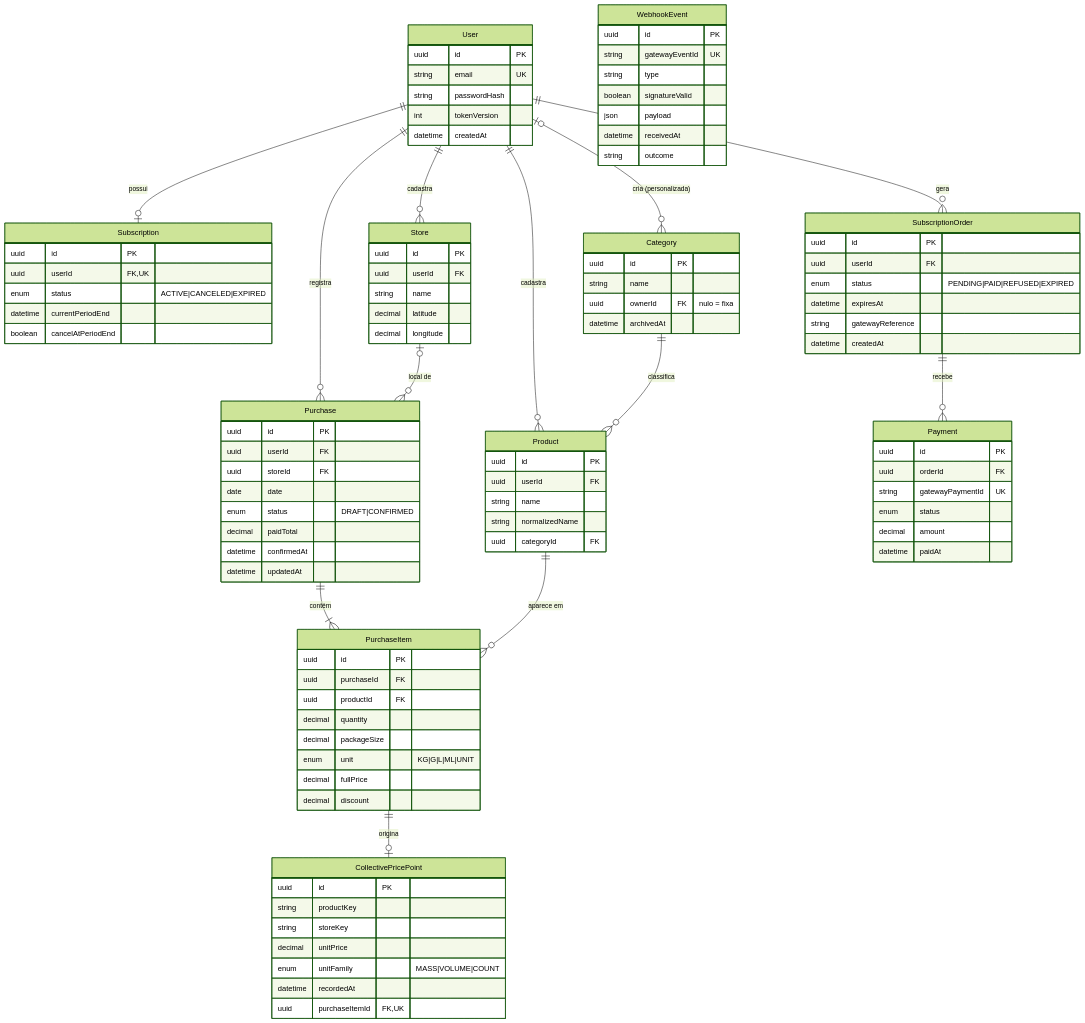
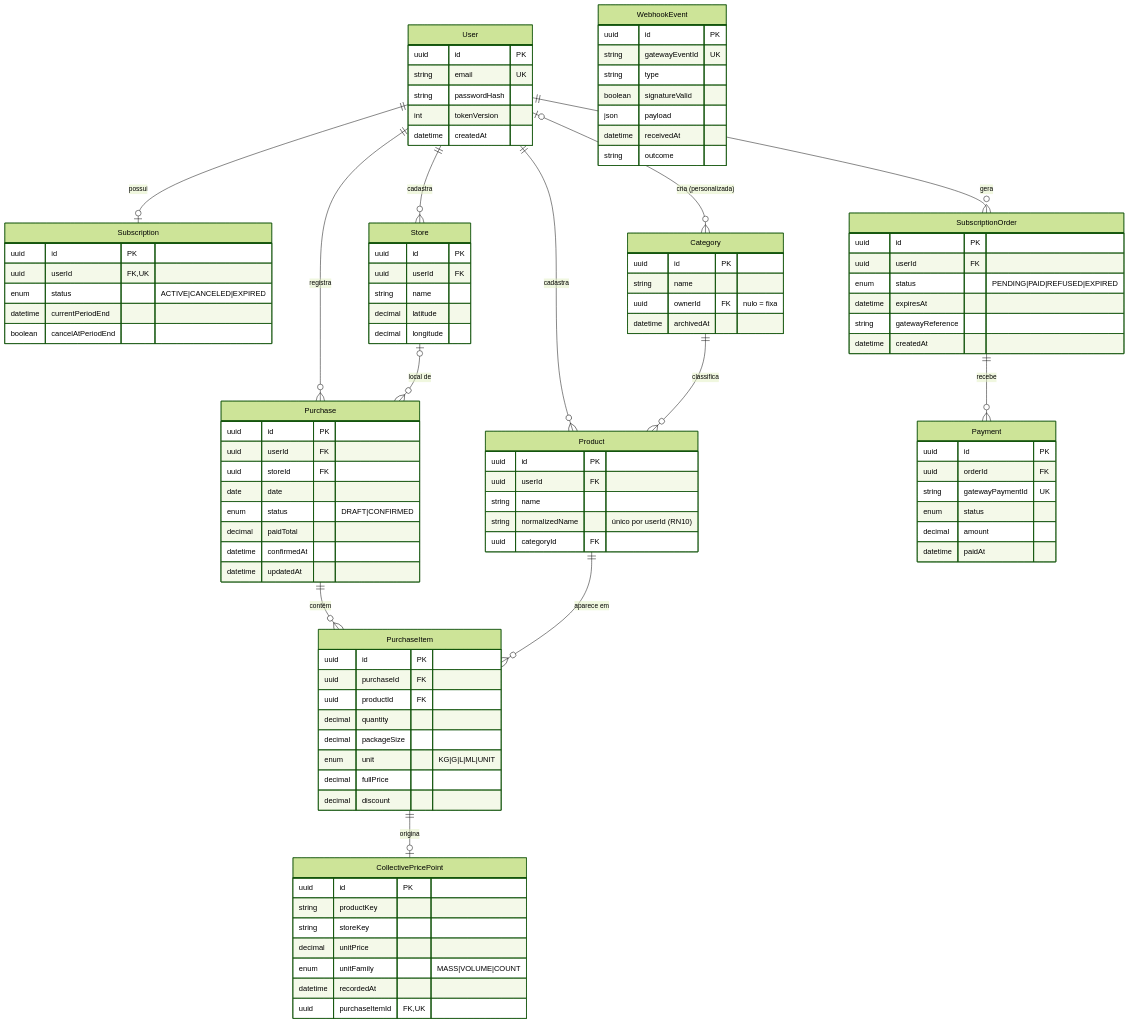
One commit to FelipeFadel/pyla changed the diagram in docs/architecture.md. Above: the diagram before and after it, drawn with Mermaid (forest theme). The commit also changed other lines of this file and 4 other files, not shown here.

```diff
--- a/docs/architecture.md
+++ b/docs/architecture.md
@@ -324,7 +329,7 @@
     SubscriptionOrder ||--o{ Payment : "recebe"
     Category ||--o{ Product : "classifica"
     Store |o--o{ Purchase : "local de"
-    Purchase ||--|{ PurchaseItem : "contém"
+    Purchase ||--o{ PurchaseItem : "contém"
     Product ||--o{ PurchaseItem : "aparece em"
     PurchaseItem ||--o| CollectivePricePoint : "origina"
 
@@ -384,7 +389,7 @@
         uuid id PK
         uuid userId FK
         string name
-        string normalizedName
+        string normalizedName "único por userId (RN10)"
         uuid categoryId FK
     }
     Purchase {
```
